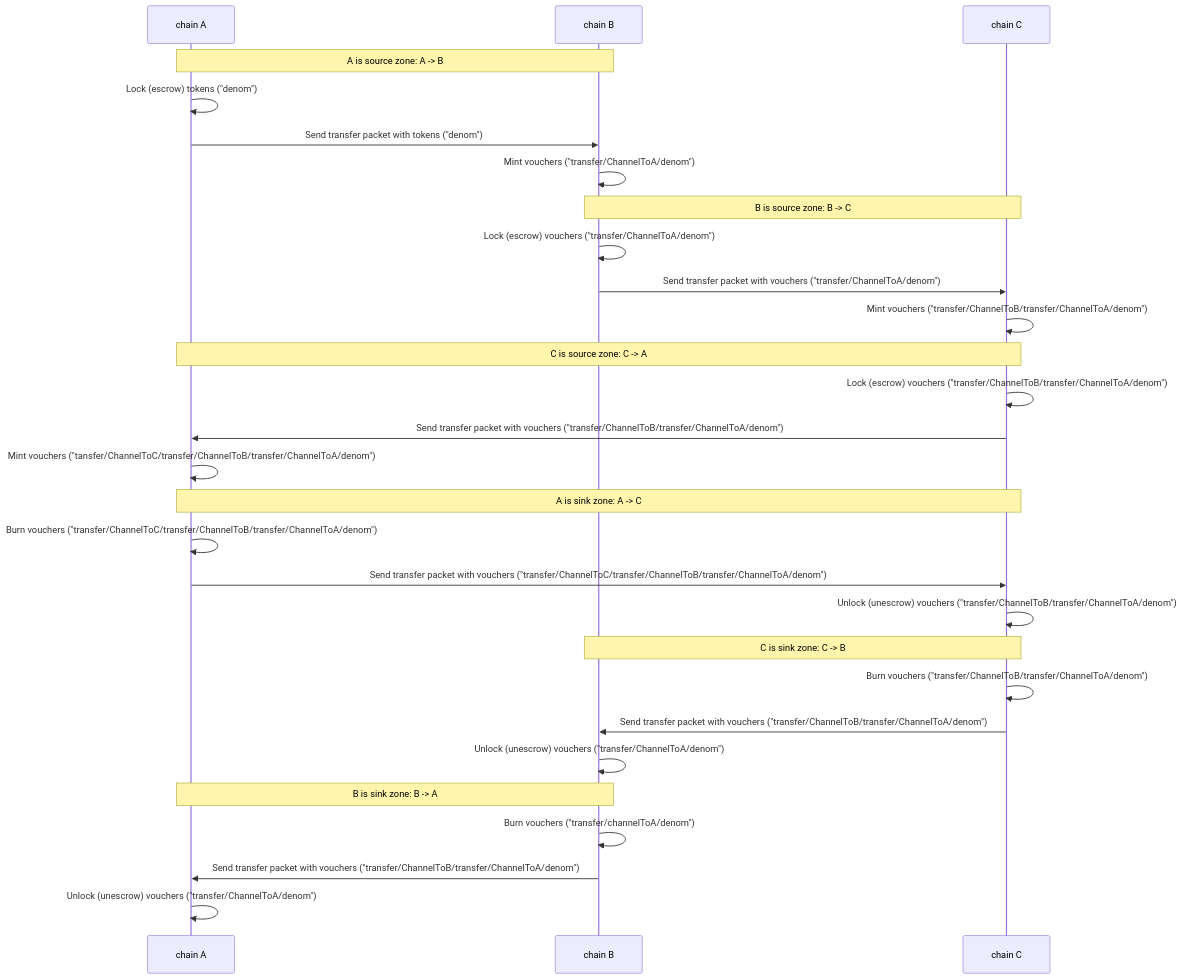
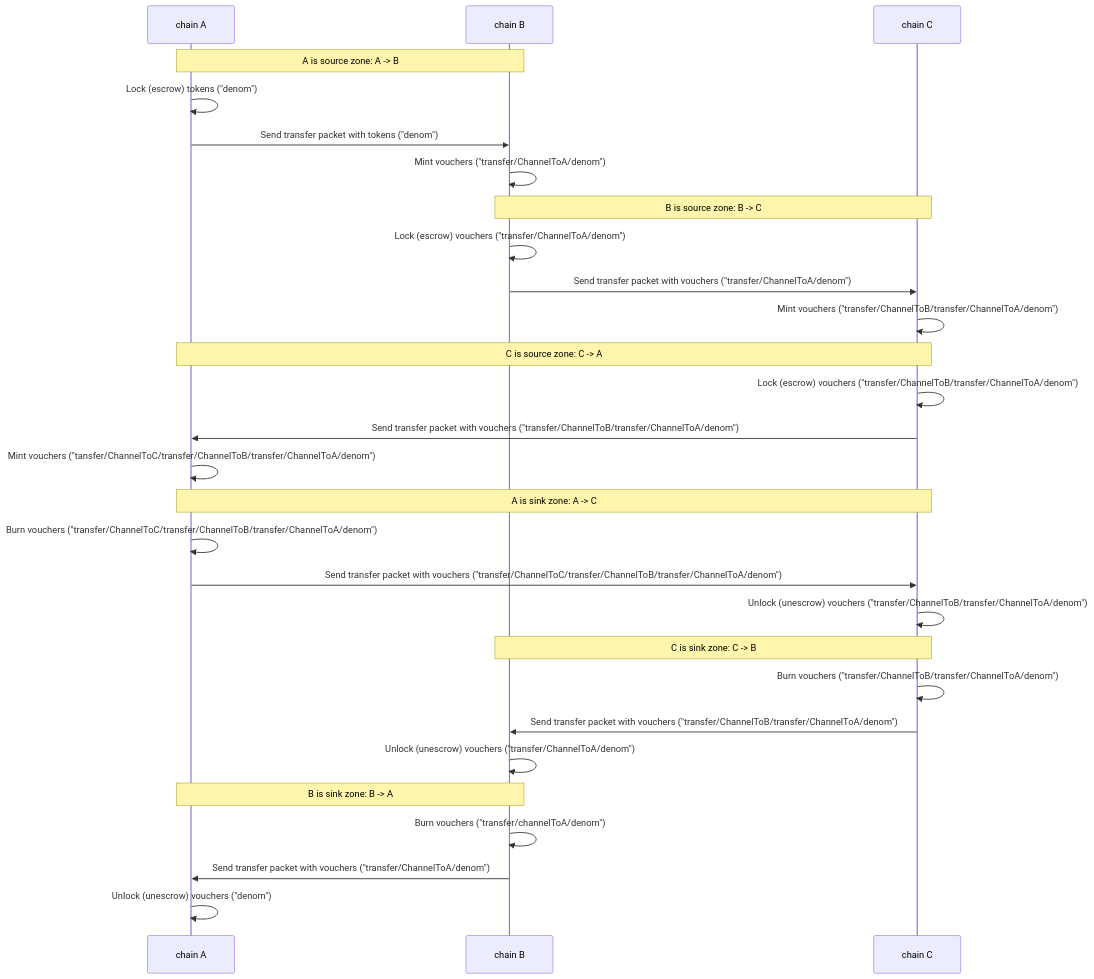
One commit to cosmos/ibc changed the diagram in spec/app/ics-020-fungible-token-transfer/README.md. Above: the diagram before and after it, drawn with Mermaid.

Commit message:
fixed denoms sent to A and unlocked by A

````diff
--- a/spec/app/ics-020-fungible-token-transfer/README.md
+++ b/spec/app/ics-020-fungible-token-transfer/README.md
@@ -59,27 +59,27 @@
 ```mermaid
 sequenceDiagram
     Note over chain A,chain B: A is source zone: A -> B
     chain A->>chain A: Lock (escrow) tokens ("denom")
     chain A->>chain B: Send transfer packet with tokens ("denom")
     chain B->>chain B: Mint vouchers ("transfer/ChannelToA/denom")
     Note over chain B,chain C: B is source zone: B -> C
     chain B->>chain B: Lock (escrow) vouchers ("transfer/ChannelToA/denom")
     chain B->>chain C: Send transfer packet with vouchers ("transfer/ChannelToA/denom")
     chain C->>chain C: Mint vouchers ("transfer/ChannelToB/transfer/ChannelToA/denom")
     Note over chain A,chain C: C is source zone: C -> A
     chain C->>chain C: Lock (escrow) vouchers ("transfer/ChannelToB/transfer/ChannelToA/denom")
     chain C->>chain A: Send transfer packet with vouchers ("transfer/ChannelToB/transfer/ChannelToA/denom")
     chain A->>chain A: Mint vouchers ("tansfer/ChannelToC/transfer/ChannelToB/transfer/ChannelToA/denom")
     Note over chain A,chain C: A is sink zone: A -> C
     chain A->>chain A: Burn vouchers ("transfer/ChannelToC/transfer/ChannelToB/transfer/ChannelToA/denom")
     chain A->>chain C: Send transfer packet with vouchers ("transfer/ChannelToC/transfer/ChannelToB/transfer/ChannelToA/denom")
     chain C->>chain C: Unlock (unescrow) vouchers ("transfer/ChannelToB/transfer/ChannelToA/denom")
     Note over chain B,chain C: C is sink zone: C -> B
     chain C->>chain C: Burn vouchers ("transfer/ChannelToB/transfer/ChannelToA/denom")
     chain C->>chain B: Send transfer packet with vouchers ("transfer/ChannelToB/transfer/ChannelToA/denom")
     chain B->>chain B: Unlock (unescrow) vouchers ("transfer/ChannelToA/denom")
     Note over chain B,chain A: B is sink zone: B -> A
     chain B->>chain B: Burn vouchers ("transfer/channelToA/denom")
-    chain B->>chain A: Send transfer packet with vouchers ("transfer/ChannelToB/transfer/ChannelToA/denom")
-    chain A->>chain A: Unlock (unescrow) vouchers ("transfer/ChannelToA/denom")
+    chain B->>chain A: Send transfer packet with vouchers ("transfer/ChannelToA/denom")
+    chain A->>chain A: Unlock (unescrow) vouchers ("denom")
 ```
````
